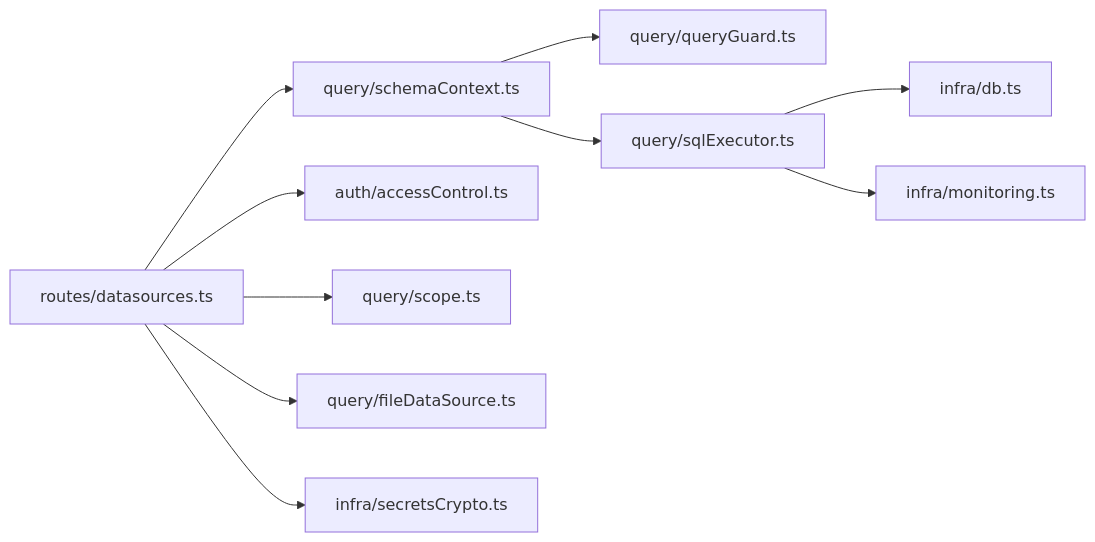
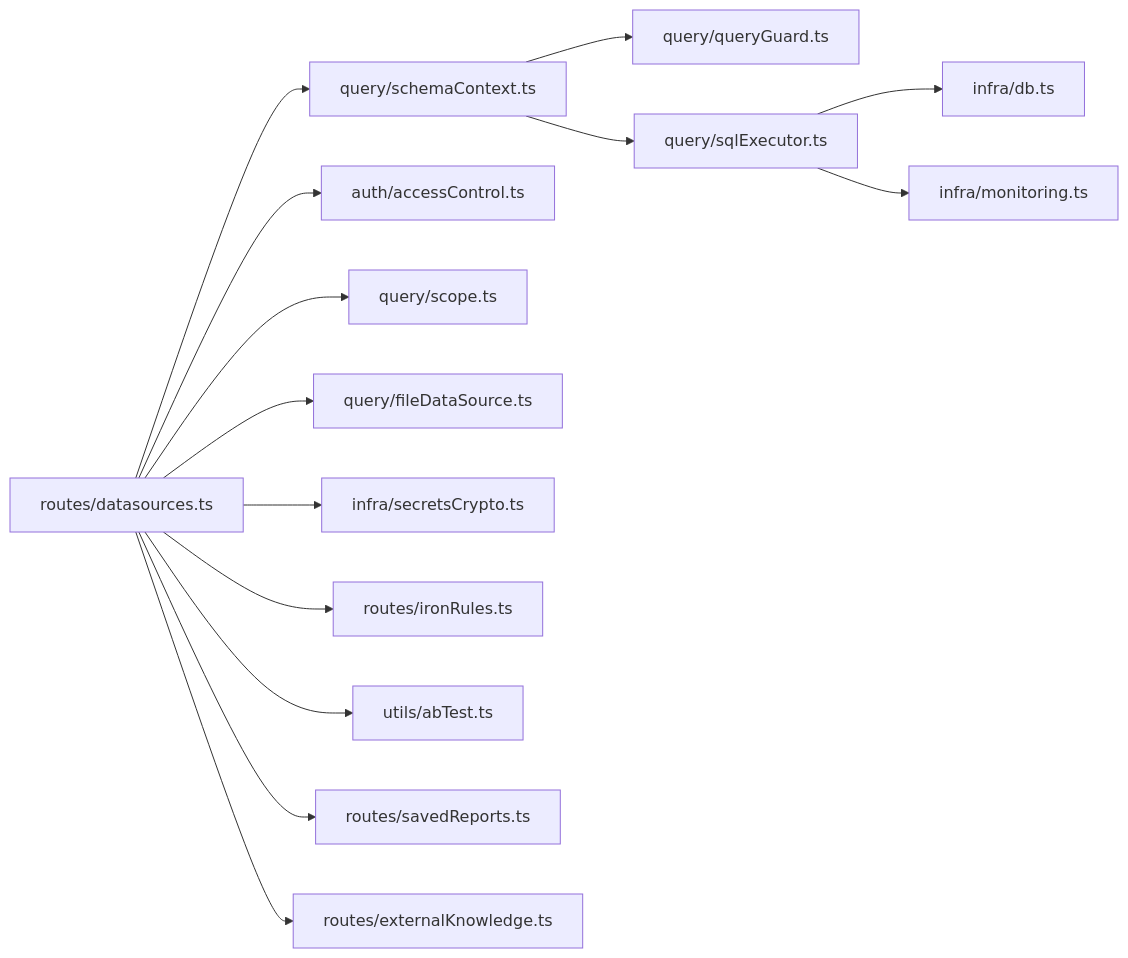
Before and after one commit to dgjin/smart-data-analytics: the sixth of 6 diagrams in .qoder/repowiki/zh/content/数据源管理/数据源管理.md, drawn with Mermaid. The commit also changed other lines of this file and 100 other files, not shown here.

````diff
--- a/.qoder/repowiki/zh/content/数据源管理/数据源管理.md
+++ b/.qoder/repowiki/zh/content/数据源管理/数据源管理.md
@@ -267,12 +357,16 @@
 ```mermaid
 graph LR
 Routes["routes/datasources.ts"] --> SCTX["query/schemaContext.ts"]
 Routes --> ACL["auth/accessControl.ts"]
 Routes --> SCOPE["query/scope.ts"]
 Routes --> FILE["query/fileDataSource.ts"]
 SCTX --> GUARD["query/queryGuard.ts"]
 SCTX --> EXEC["query/sqlExecutor.ts"]
 EXEC --> DB["infra/db.ts"]
 EXEC --> MON["infra/monitoring.ts"]
 Routes --> SEC["infra/secretsCrypto.ts"]
+Routes --> IRON["routes/ironRules.ts"]
+Routes --> ABTEST["utils/abTest.ts"]
+Routes --> REPORT["routes/savedReports.ts"]
+Routes --> EXTKB["routes/externalKnowledge.ts"]
 ```
````
